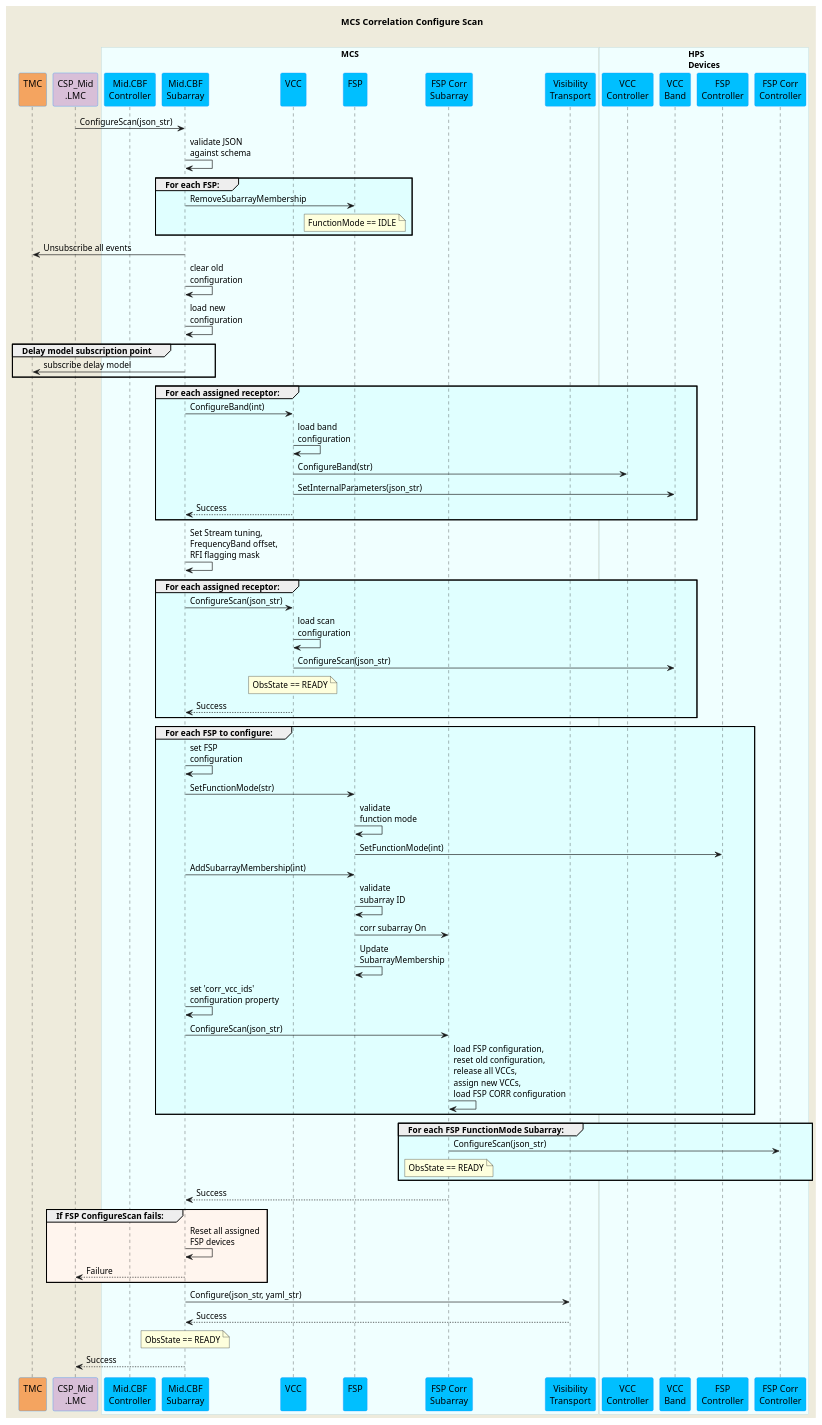
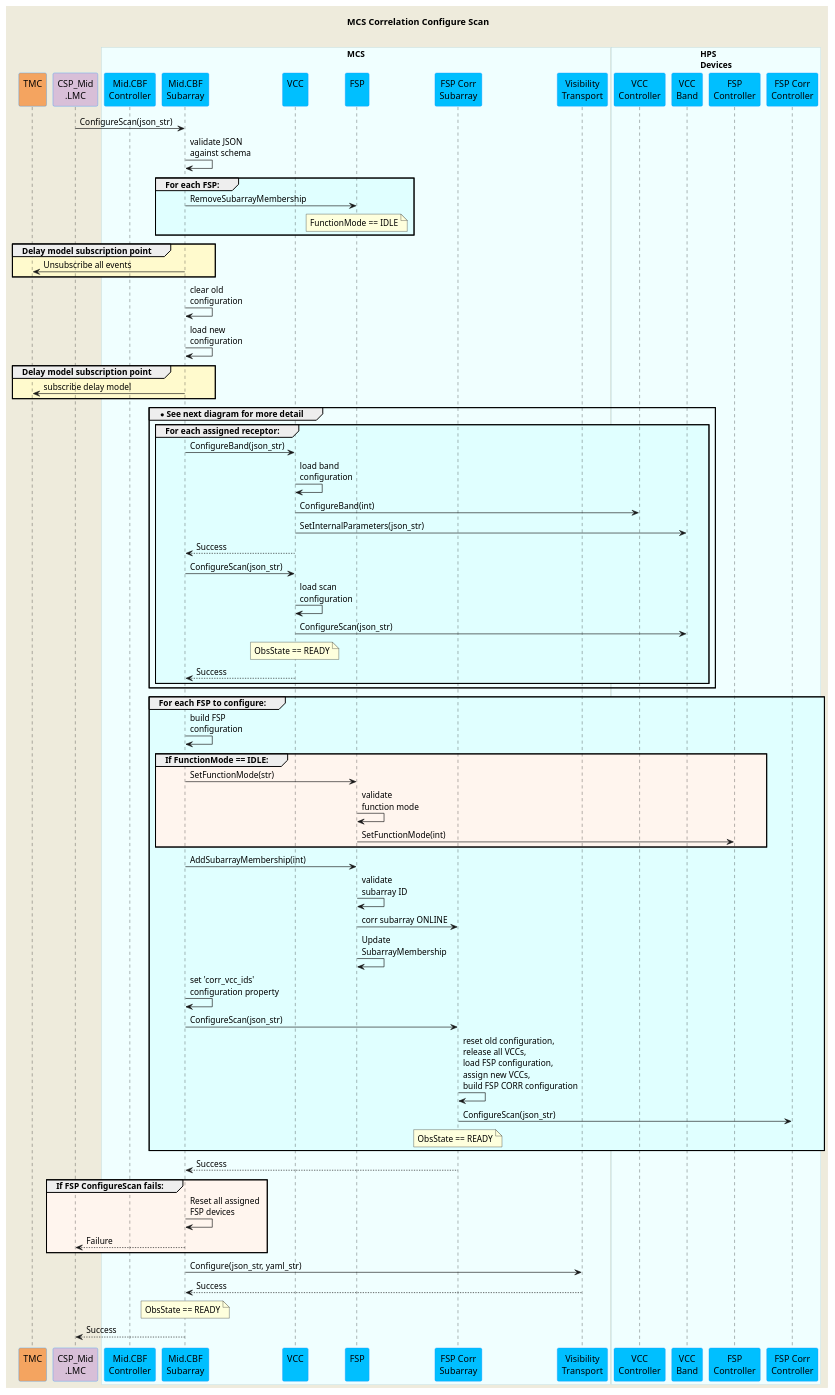
Before and after one commit to ska-telescope/mid-cbf-mcs: the diagram in docs/src/diagrams/configure-corr-scan-mcs.puml, drawn with PlantUML. The commit also changed 1 other file, not shown here.

Commit message:
CIP-2424 tweaks to configureScan diagram, started updating ConfigureScanVCC diagram

```diff
--- a/docs/src/diagrams/configure-corr-scan-mcs.puml
+++ b/docs/src/diagrams/configure-corr-scan-mcs.puml
@@ -1,141 +1,105 @@
 @startuml
 'https://plantuml.com/sequence-diagram
 
 skinparam backgroundColor #EEEBDC
 skinparam sequence {
 ParticipantBorderColor DodgerBlue
 ParticipantBackgroundColor DeepSkyBlue
 ActorBorderColor DarkGreen
 ActorBackgroundColor Green
 BoxBorderColor LightBlue
 BoxBackgroundColor #F0FFFF
 }
 
 title MCS Correlation Configure Scan\n
 
 participant "TMC\n" as tmc #SandyBrown
 participant "CSP_Mid\n.LMC" as lmc #Thistle
 
 box "MCS"
 participant "Mid.CBF\nController" as controller
 participant "Mid.CBF\nSubarray" as subarray
 participant "VCC\n" as vcc
 participant "FSP\n" as fsp
 participant "FSP Corr\nSubarray" as fspcorr
 participant "Visibility\nTransport" as vis_trans
 end box
 
 box "HPS\nDevices" 
 participant "VCC\nController" as vcc_cont
 participant "VCC\nBand" as vcc_band
 participant "FSP\nController" as fsp_cont
 participant "FSP Corr\nController" as fspcorr_cont
 end box
 
 lmc         -> subarray     : ConfigureScan(json_str)
 subarray    -> subarray     : validate JSON\nagainst schema
 
 group #LightCyan For each FSP:
-subarray    -> fsp          : RemoveSubarrayMembership
-note over fsp               : FunctionMode == IDLE
+    subarray    -> fsp          : RemoveSubarrayMembership
+    note over fsp               : FunctionMode == IDLE
 end group
 
-subarray    -> tmc          : Unsubscribe all events
+group #LemonChiffon Delay model subscription point
+    subarray    -> tmc          : Unsubscribe all events
+end group
+
 subarray    -> subarray     : clear old\nconfiguration
 subarray    -> subarray     : load new\nconfiguration
 
-group Delay model subscription point
-subarray    -> tmc          : subscribe delay model
+group #LemonChiffon Delay model subscription point
+    subarray    -> tmc          : subscribe delay model
 end group
 
-group #LightCyan For each assigned receptor:
-subarray    -> vcc          : ConfigureBand(int)
-vcc         -> vcc          : load band\nconfiguration
-vcc         -> vcc_cont     : ConfigureBand(str)
-vcc         -> vcc_band     : SetInternalParameters(json_str)
-subarray   <-- vcc          : Success
-end group
+group  *See next diagram for more detail
 
-subarray    -> subarray     : Set Stream tuning,\nFrequencyBand offset,\nRFI flagging mask
+    group #LightCyan For each assigned receptor:
+        subarray    -> vcc          : ConfigureBand(json_str)
+        vcc         -> vcc          : load band\nconfiguration
+        vcc         -> vcc_cont     : ConfigureBand(int)
+        vcc         -> vcc_band     : SetInternalParameters(json_str)
+        subarray   <-- vcc          : Success
+        subarray    -> vcc          : ConfigureScan(json_str)
+        vcc         -> vcc          : load scan\nconfiguration
+        vcc         -> vcc_band     : ConfigureScan(json_str)
+        note over vcc               : ObsState == READY
+        subarray   <-- vcc          : Success
+    end group
 
-group #LightCyan For each assigned receptor:
-subarray    -> vcc          : ConfigureScan(json_str)
-vcc         -> vcc          : load scan\nconfiguration
-vcc         -> vcc_band     : ConfigureScan(json_str)
-note over vcc               : ObsState == READY
-subarray   <-- vcc          : Success
 end group
 
 group #LightCyan For each FSP to configure:
-subarray    -> subarray     : set FSP\nconfiguration
+    subarray    -> subarray     : build FSP\nconfiguration
 
-subarray    -> fsp          : SetFunctionMode(str)
-fsp         -> fsp          : validate\nfunction mode
-fsp         -> fsp_cont     : SetFunctionMode(int)
+    group #SeaShell If FunctionMode == IDLE:
+        subarray    -> fsp          : SetFunctionMode(str)
+        fsp         -> fsp          : validate\nfunction mode
+        fsp         -> fsp_cont     : SetFunctionMode(int)
+    end group
 
-subarray    -> fsp          : AddSubarrayMembership(int)
-fsp         -> fsp          : validate\nsubarray ID
-fsp         -> fspcorr      : corr subarray On
-fsp         -> fsp          : Update\nSubarrayMembership
+    subarray    -> fsp          : AddSubarrayMembership(int)
+    fsp         -> fsp          : validate\nsubarray ID
+    fsp         -> fspcorr      : corr subarray ONLINE
+    fsp         -> fsp          : Update\nSubarrayMembership
 
-subarray    -> subarray     : set 'corr_vcc_ids'\nconfiguration property
-subarray    -> fspcorr      : ConfigureScan(json_str)
-fspcorr     -> fspcorr      : load FSP configuration,\nreset old configuration,\nrelease all VCCs,\nassign new VCCs,\nload FSP CORR configuration
-end group
-
-group #LightCyan For each FSP FunctionMode Subarray:
-fspcorr     -> fspcorr_cont : ConfigureScan(json_str)
-note over fspcorr           : ObsState == READY
+    subarray    -> subarray     : set 'corr_vcc_ids'\nconfiguration property
+    subarray    -> fspcorr      : ConfigureScan(json_str)
+    fspcorr     -> fspcorr      : reset old configuration,\nrelease all VCCs,\nload FSP configuration,\nassign new VCCs,\nbuild FSP CORR configuration
+    fspcorr     -> fspcorr_cont : ConfigureScan(json_str)
+    note over fspcorr           : ObsState == READY
 end group
 
 subarray   <-- fspcorr      : Success
 
 group #SeaShell If FSP ConfigureScan fails:
-subarray    -> subarray     : Reset all assigned\nFSP devices
-lmc         <-- subarray    : Failure
+    subarray    -> subarray     : Reset all assigned\nFSP devices
+    lmc         <-- subarray    : Failure
 end group
 
 subarray    -> vis_trans    : Configure(json_str, yaml_str)
 subarray   <-- vis_trans    : Success
 
 note over subarray          : ObsState == READY
 lmc        <-- subarray     : Success
 
-' subarray    -> vcc          : GoToIdle
-' subarray    -> fspcorr      : GoToIdle
-' subarray    -> fsp          : RemoveSubarrayMembership(subarrayID)
-
-
-' vcc         -> hps          : configure HPS VCC
-
-
-
-' group Doppler subscription point
-' subarray    -> tmc          : subscribe Doppler phase correction
-' end group
-
-' group Jones matrix subscription point
-' subarray    -> tmc          : subscribe Jones matrix
-' end group
-
-' group Timing beam subscription point
-' subarray    -> tmc          : subscribe timing beam weights
-' end group
-
-' group SearchWindow
-' subarray    ->vcc           : ConfigureSearchWindow(data)
-' end group
-
-' group Each FSP
-' subarray    -> fsp          : AddSubarrayMembership(subarrayID)
-' subarray    -> fsp          : SetFunctionMode(str)
-' subarray    -> fsp          : subscribe to state/healthstate changes
-' fsp         -> hps          : configure HPS FSP
-' end group
-
-' group Each FSP Corr
-' subarray    -> fspcorr          : ConfigureScan(json_str)
-' fspcorr         -> hps          : configure HPS FSP Corr
-' end group
-
 @enduml
```
